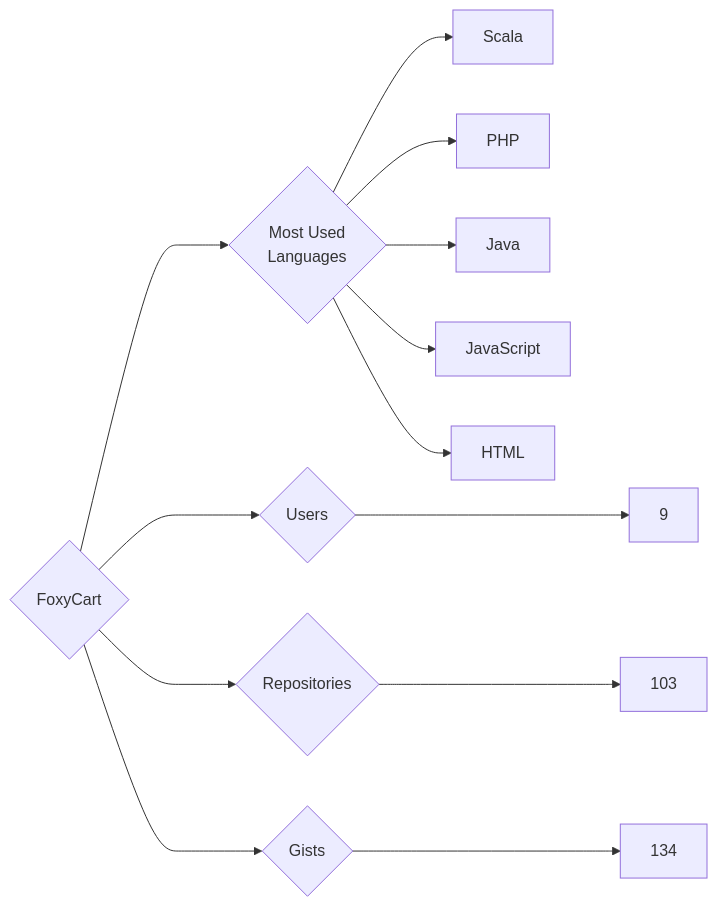
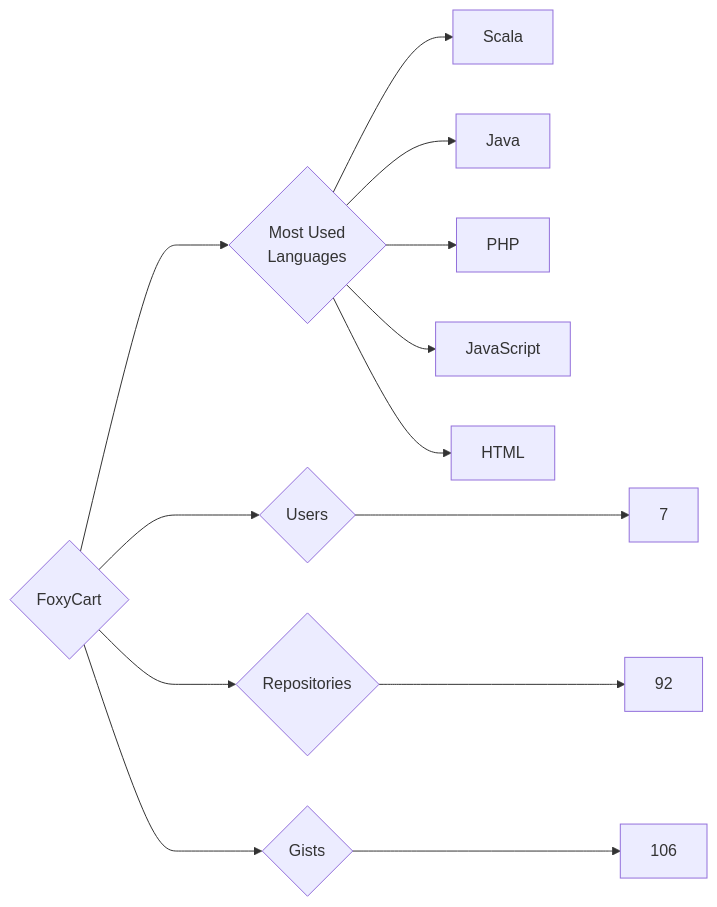
Before and after one commit to trickest/insiders: the diagram in targets/FoxyCart/README.md, drawn with Mermaid. The commit also changed 559 other files, not shown here.

````diff
--- a/targets/FoxyCart/README.md
+++ b/targets/FoxyCart/README.md
@@ -3,13 +3,13 @@
 ```mermaid
 graph LR
 COMPANY_NAME{FoxyCart}
-COMPANY_NAME ---> U{Users} ---> UN[9]
-COMPANY_NAME ---> R{Repositories} ---> RN[103]
-COMPANY_NAME ---> G{Gists} ---> GN[134]
+COMPANY_NAME ---> U{Users} ---> UN[7]
+COMPANY_NAME ---> R{Repositories} ---> RN[92]
+COMPANY_NAME ---> G{Gists} ---> GN[106]
 COMPANY_NAME ---> ML{Most Used<br>Languages}
 ML --> Scala[Scala]
+ML --> Java[Java]
 ML --> PHP[PHP]
-ML --> Java[Java]
 ML --> JavaScript[JavaScript]
 ML --> HTML[HTML]
 ```
````
